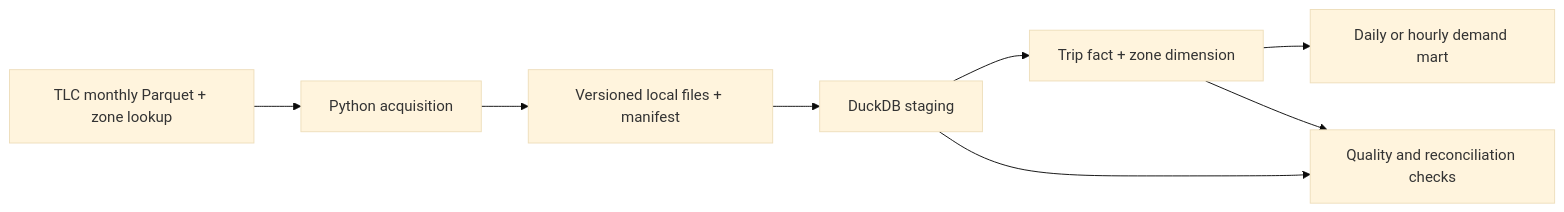
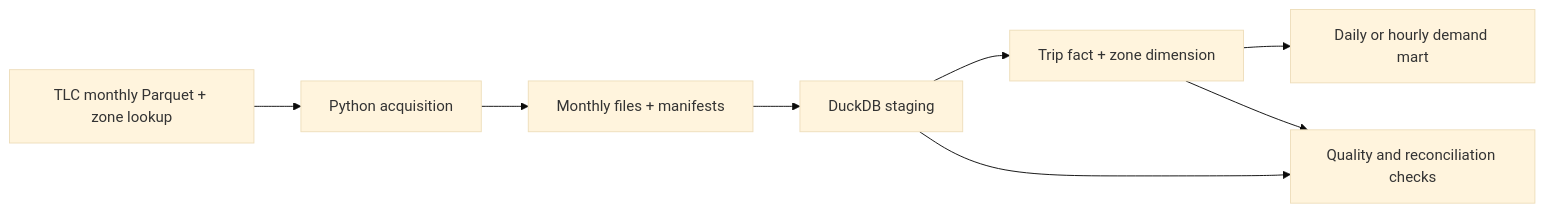
The diagram in 01-tlc-batch-analytics/README.md (olivervr3/data-engineering-portfolio), drawn with Mermaid (base theme) before and after one commit. The commit also changed other lines of this file and 2 other files, not shown here.

Commit message:
feat: record and validate TLC source manifests

````diff
--- a/01-tlc-batch-analytics/README.md
+++ b/01-tlc-batch-analytics/README.md
@@ -11,10 +87,10 @@
 ```mermaid
 flowchart LR
     TLC[TLC monthly Parquet + zone lookup] --> INGEST[Python acquisition]
-    INGEST --> RAW[Versioned local files + manifest]
+    INGEST --> RAW[Monthly files + manifests]
     RAW --> STAGE[DuckDB staging]
     STAGE --> MODEL[Trip fact + zone dimension]
     MODEL --> MART[Daily or hourly demand mart]
     STAGE --> QA[Quality and reconciliation checks]
     MODEL --> QA
 ```
````
